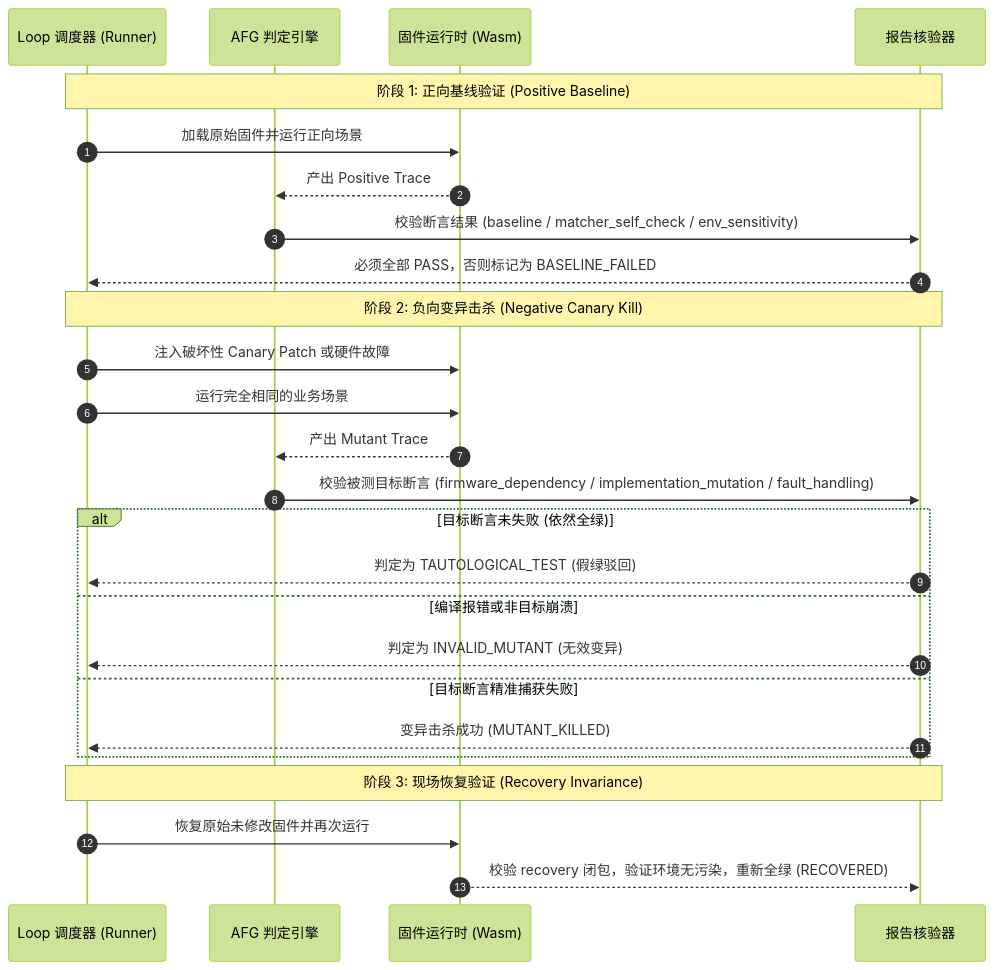
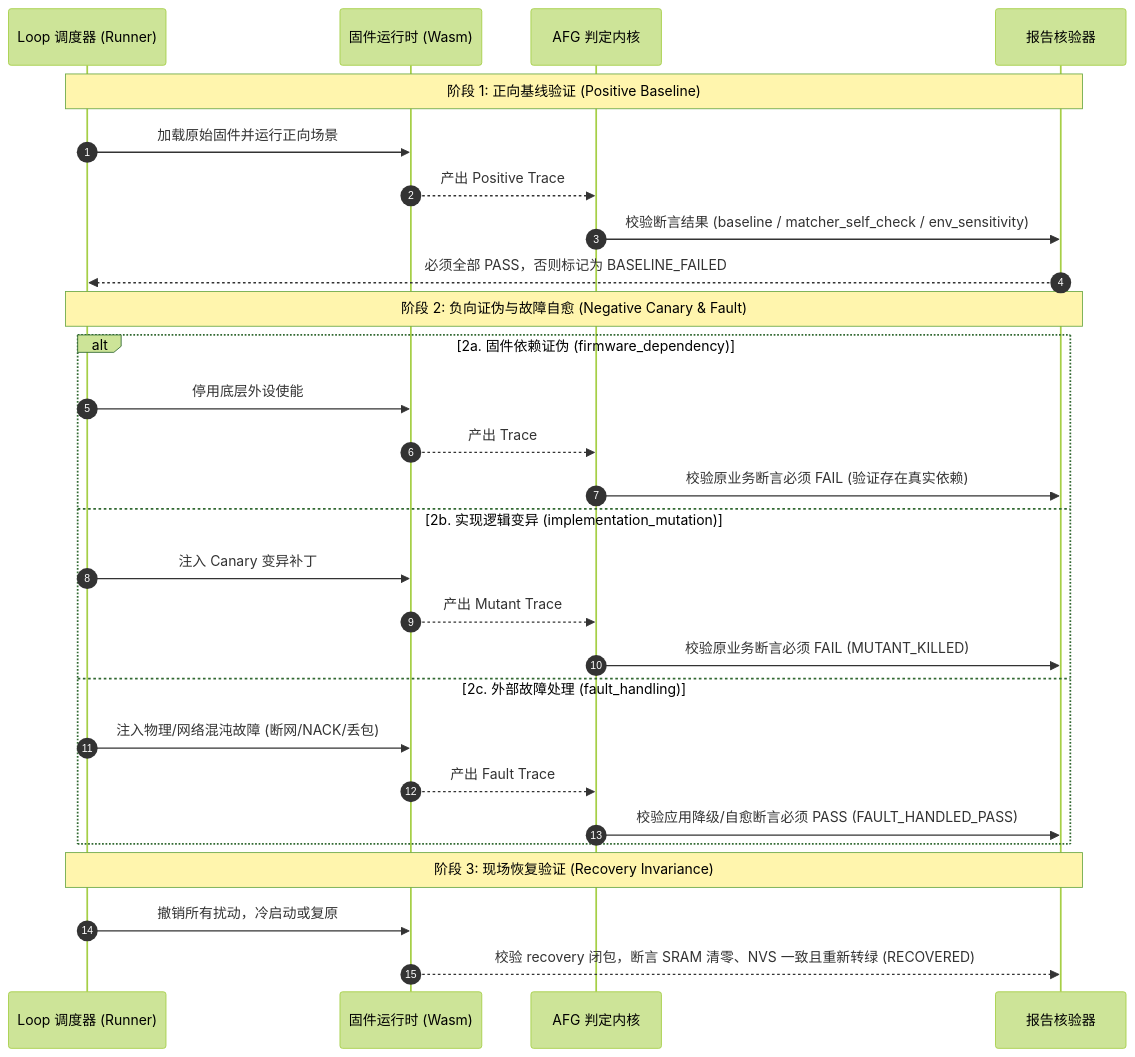
Before and after one commit to wink-cloud-hub/wink-ai-embedded: the second of 2 diagrams in docs/zh/tech-designs/esp32/esp-idf-anti-false-green-verification-engine-contract.md, drawn with Mermaid (forest theme). The commit also changed other lines of this file and 3 other files, not shown here.

First line of the commit message:
docs(esp32): update AFG-Engine contract to v1.1 and add versioned sim probe ABI (WS-2)

````diff
--- a/docs/zh/tech-designs/esp32/esp-idf-anti-false-green-verification-engine-contract.md
+++ b/docs/zh/tech-designs/esp32/esp-idf-anti-false-green-verification-engine-contract.md
@@ -59,31 +82,33 @@
 ```mermaid
 sequenceDiagram
     autonumber
     participant Runner as Loop 调度器 (Runner)
-    participant Engine as AFG 判定引擎
     participant Wasm as 固件运行时 (Wasm)
+    participant Engine as AFG 判定内核
     participant Verifier as 报告核验器
 
     Note over Runner,Verifier: 阶段 1: 正向基线验证 (Positive Baseline)
     Runner->>Wasm: 加载原始固件并运行正向场景
     Wasm-->>Engine: 产出 Positive Trace
     Engine->>Verifier: 校验断言结果 (baseline / matcher_self_check / env_sensitivity)
     Verifier-->>Runner: 必须全部 PASS，否则标记为 BASELINE_FAILED
 
-    Note over Runner,Verifier: 阶段 2: 负向变异击杀 (Negative Canary Kill)
-    Runner->>Wasm: 注入破坏性 Canary Patch 或硬件故障
-    Runner->>Wasm: 运行完全相同的业务场景
-    Wasm-->>Engine: 产出 Mutant Trace
-    Engine->>Verifier: 校验被测目标断言 (firmware_dependency / implementation_mutation / fault_handling)
-    alt 目标断言未失败 (依然全绿)
-        Verifier-->>Runner: 判定为 TAUTOLOGICAL_TEST (假绿驳回)
-    else 编译报错或非目标崩溃
-        Verifier-->>Runner: 判定为 INVALID_MUTANT (无效变异)
-    else 目标断言精准捕获失败
-        Verifier-->>Runner: 变异击杀成功 (MUTANT_KILLED)
+    Note over Runner,Verifier: 阶段 2: 负向证伪与故障自愈 (Negative Canary & Fault)
+    alt 2a. 固件依赖证伪 (firmware_dependency)
+        Runner->>Wasm: 停用底层外设使能
+        Wasm-->>Engine: 产出 Trace
+        Engine->>Verifier: 校验原业务断言必须 FAIL (验证存在真实依赖)
+    else 2b. 实现逻辑变异 (implementation_mutation)
+        Runner->>Wasm: 注入 Canary 变异补丁
+        Wasm-->>Engine: 产出 Mutant Trace
+        Engine->>Verifier: 校验原业务断言必须 FAIL (MUTANT_KILLED)
+    else 2c. 外部故障处理 (fault_handling)
+        Runner->>Wasm: 注入物理/网络混沌故障 (断网/NACK/丢包)
+        Wasm-->>Engine: 产出 Fault Trace
+        Engine->>Verifier: 校验应用降级/自愈断言必须 PASS (FAULT_HANDLED_PASS)
     end
 
     Note over Runner,Verifier: 阶段 3: 现场恢复验证 (Recovery Invariance)
-    Runner->>Wasm: 恢复原始未修改固件并再次运行
-    Wasm-->>Verifier: 校验 recovery 闭包，验证环境无污染，重新全绿 (RECOVERED)
+    Runner->>Wasm: 撤销所有扰动，冷启动或复原
+    Wasm-->>Verifier: 校验 recovery 闭包，断言 SRAM 清零、NVS 一致且重新转绿 (RECOVERED)
 ```
````
